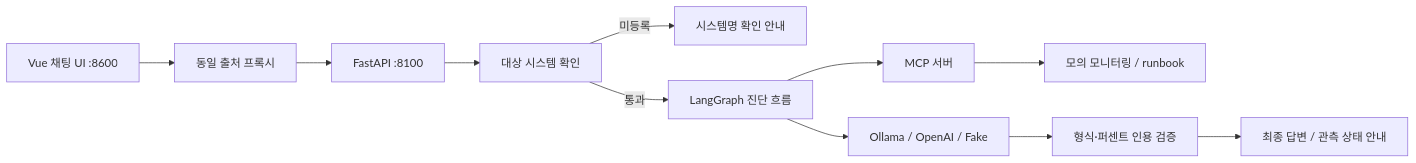
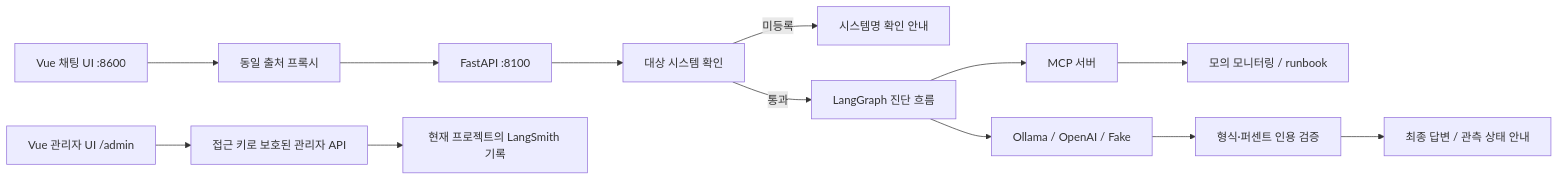
Before and after one commit to jij0128/incident-response-agent: the diagram in README.md, drawn with Mermaid. The commit also changed other lines of this file and 12 other files, not shown here.

Commit message:
feat: add LangSmith admin dashboard and request tracing

````diff
--- a/README.md
+++ b/README.md
@@ -23,13 +24,15 @@
 ```mermaid
 flowchart LR
     UI["Vue 채팅 UI :8600"] --> Proxy["동일 출처 프록시"]
     Proxy --> API["FastAPI :8100"]
     API --> Check["대상 시스템 확인"]
     Check -->|"미등록"| Clarify["시스템명 확인 안내"]
     Check -->|"통과"| Graph["LangGraph 진단 흐름"]
     Graph --> MCP["MCP 서버"]
     MCP --> Data["모의 모니터링 / runbook"]
     Graph --> LLM["Ollama / OpenAI / Fake"]
     LLM --> Validate["형식·퍼센트 인용 검증"]
     Validate --> Result["최종 답변 / 관측 상태 안내"]
+    Admin["Vue 관리자 UI /admin"] --> AdminAPI["접근 키로 보호된 관리자 API"]
+    AdminAPI --> Smith["현재 프로젝트의 LangSmith 기록"]
 ```
````
